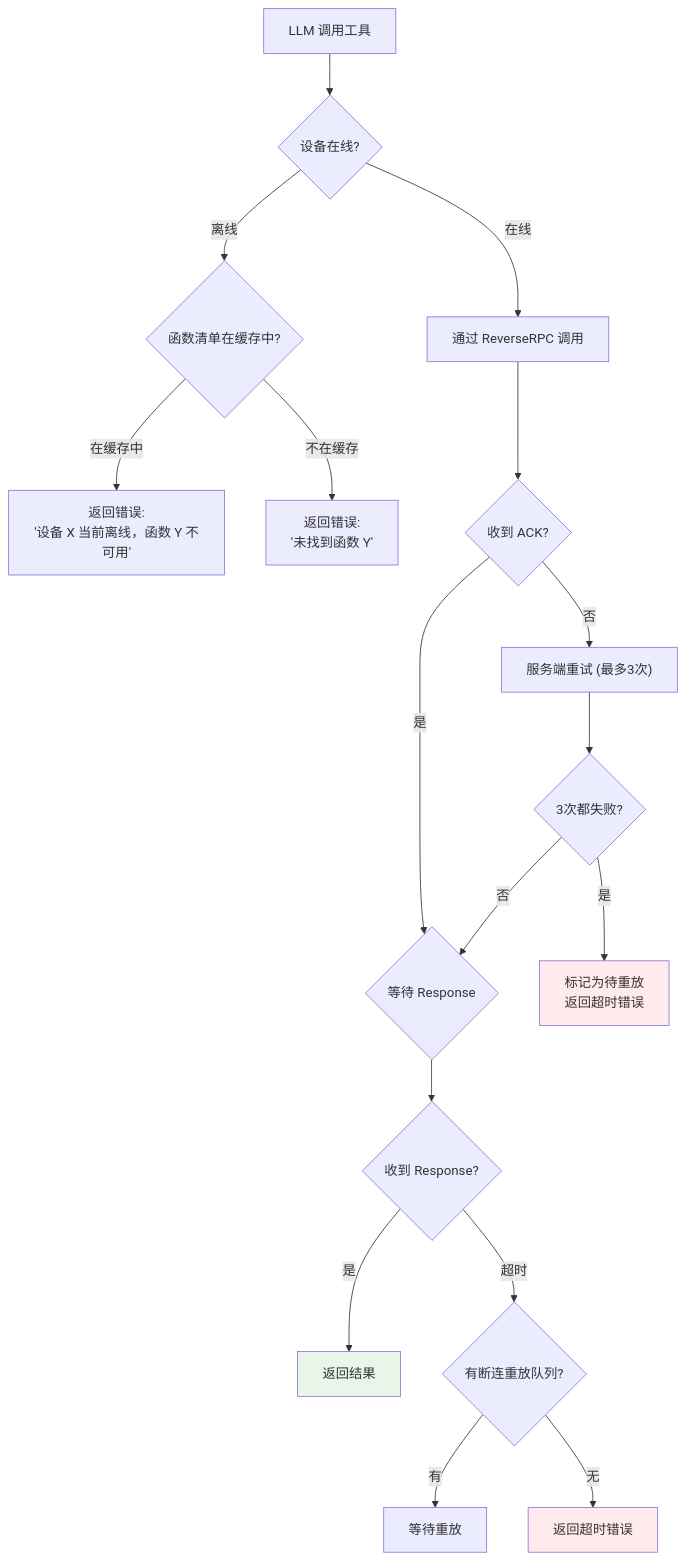
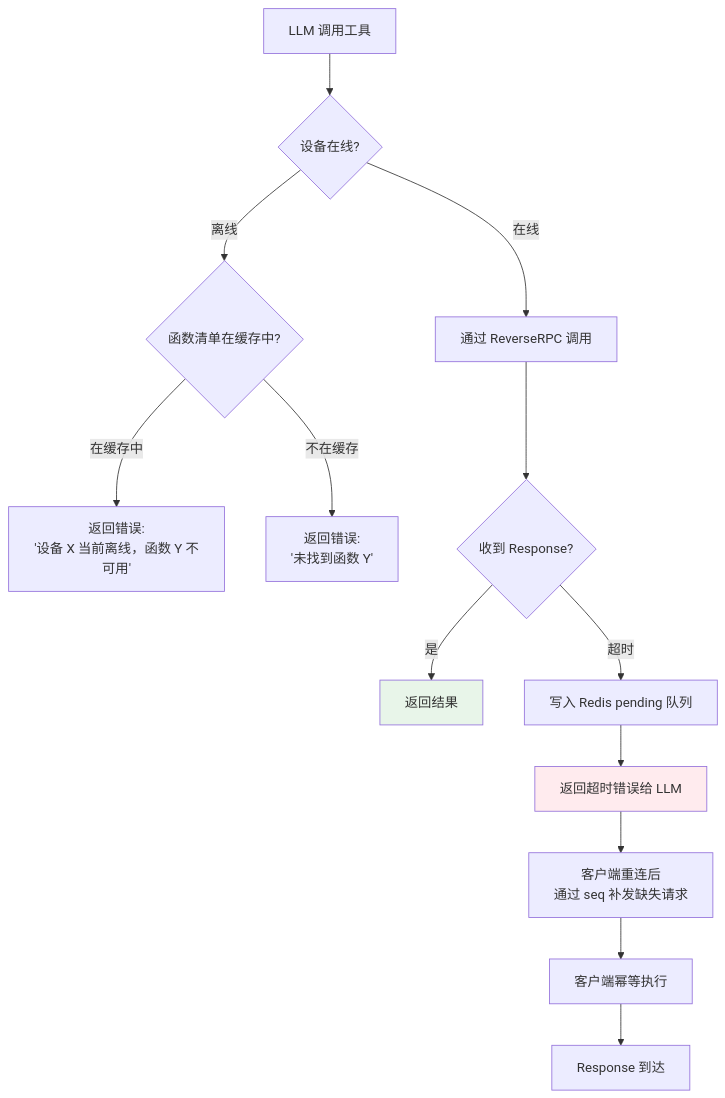
Before and after one commit to PineappleBond/xyncra-server: diagram 14 of 20 in docs/DESIGN_CLIENT_FUNCTION_AGENT_TOOLS.md, drawn with Mermaid. The commit also changed other lines of this file, not shown here.

First line of the commit message:
docs: remove ACK mechanism, add (userID,deviceID) connection constraint

````diff
--- a/docs/DESIGN_CLIENT_FUNCTION_AGENT_TOOLS.md
+++ b/docs/DESIGN_CLIENT_FUNCTION_AGENT_TOOLS.md
@@ -523,25 +521,20 @@
 ```mermaid
 flowchart TD
     A["LLM 调用工具"] --> B{"设备在线?"}
     B -->|在线| C["通过 ReverseRPC 调用"]
     B -->|离线| D{"函数清单在缓存中?"}
     D -->|在缓存中| E["返回错误:<br/>'设备 X 当前离线，函数 Y 不可用'"]
     D -->|不在缓存| F["返回错误:<br/>'未找到函数 Y'"]
 
-    C --> G{"收到 ACK?"}
-    G -->|是| H{"等待 Response"}
-    G -->|否| I["服务端重试 (最多3次)"]
-    I --> J{"3次都失败?"}
-    J -->|是| K["标记为待重放<br/>返回超时错误"]
-    J -->|否| H
+    C --> G{"收到 Response?"}
+    G -->|是| H["返回结果"]
+    G -->|超时| I["写入 Redis pending 队列"]
+    I --> J["返回超时错误给 LLM"]
 
-    H --> L{"收到 Response?"}
-    L -->|是| M["返回结果"]
-    L -->|超时| N{"有断连重放队列?"}
-    N -->|有| O["等待重放"]
-    N -->|无| P["返回超时错误"]
+    J --> K["客户端重连后<br/>通过 seq 补发缺失请求"]
+    K --> L["客户端幂等执行"]
+    L --> M["Response 到达"]
 
-    style M fill:#e8f5e9
-    style K fill:#ffebee
-    style P fill:#ffebee
+    style H fill:#e8f5e9
+    style J fill:#ffebee
 ```
````
